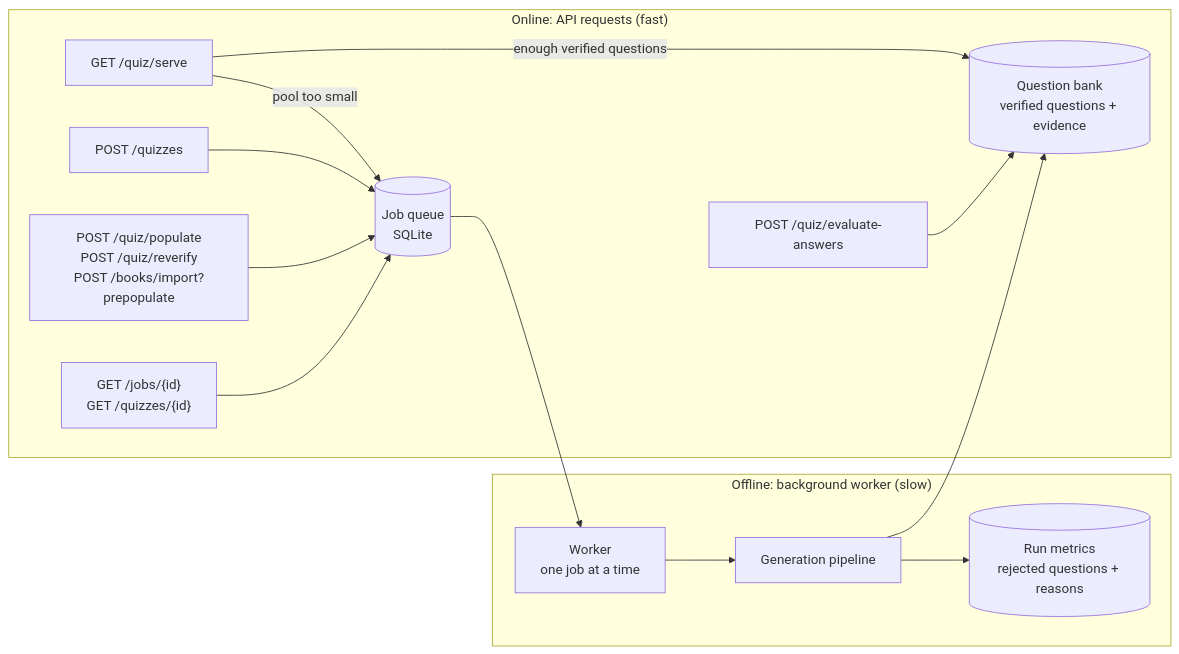
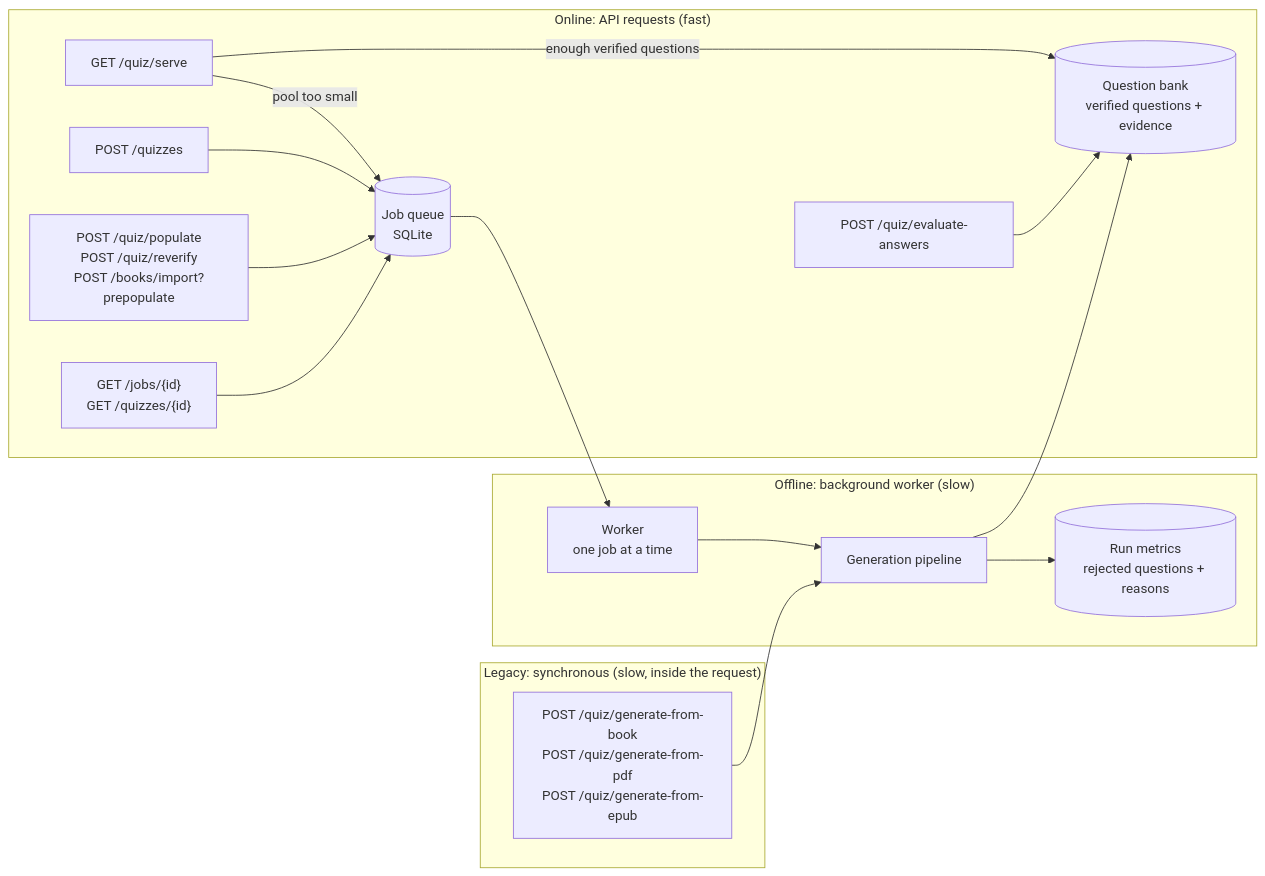
Before and after one commit to Enki013/context-rag: the first of 3 diagrams in README.md, drawn with Mermaid. The commit also changed other lines of this file and 1 other file, not shown here.

First line of the commit message:
docs: mark legacy sync endpoints and update the mobile guide

````diff
--- a/README.md
+++ b/README.md
@@ -13,17 +15,20 @@
 ```mermaid
 flowchart LR
     subgraph Online["Online: API requests (fast)"]
         S["GET /quiz/serve"] -->|enough verified questions| P
         S -->|pool too small| Q
         QZ["POST /quizzes"] --> Q
         PP["POST /quiz/populate<br/>POST /quiz/reverify<br/>POST /books/import?prepopulate"] --> Q
         J["GET /jobs/{id}<br/>GET /quizzes/{id}"] --> Q
         E["POST /quiz/evaluate-answers"] --> P
     end
     subgraph Offline["Offline: background worker (slow)"]
         Q[("Job queue<br/>SQLite")] --> W["Worker<br/>one job at a time"]
         W --> G["Generation pipeline"]
         G --> P[("Question bank<br/>verified questions + evidence")]
         G --> M[("Run metrics<br/>rejected questions + reasons")]
     end
+    subgraph Legacy["Legacy: synchronous (slow, inside the request)"]
+        LG["POST /quiz/generate-from-book<br/>POST /quiz/generate-from-pdf<br/>POST /quiz/generate-from-epub"] --> G
+    end
 ```
````
